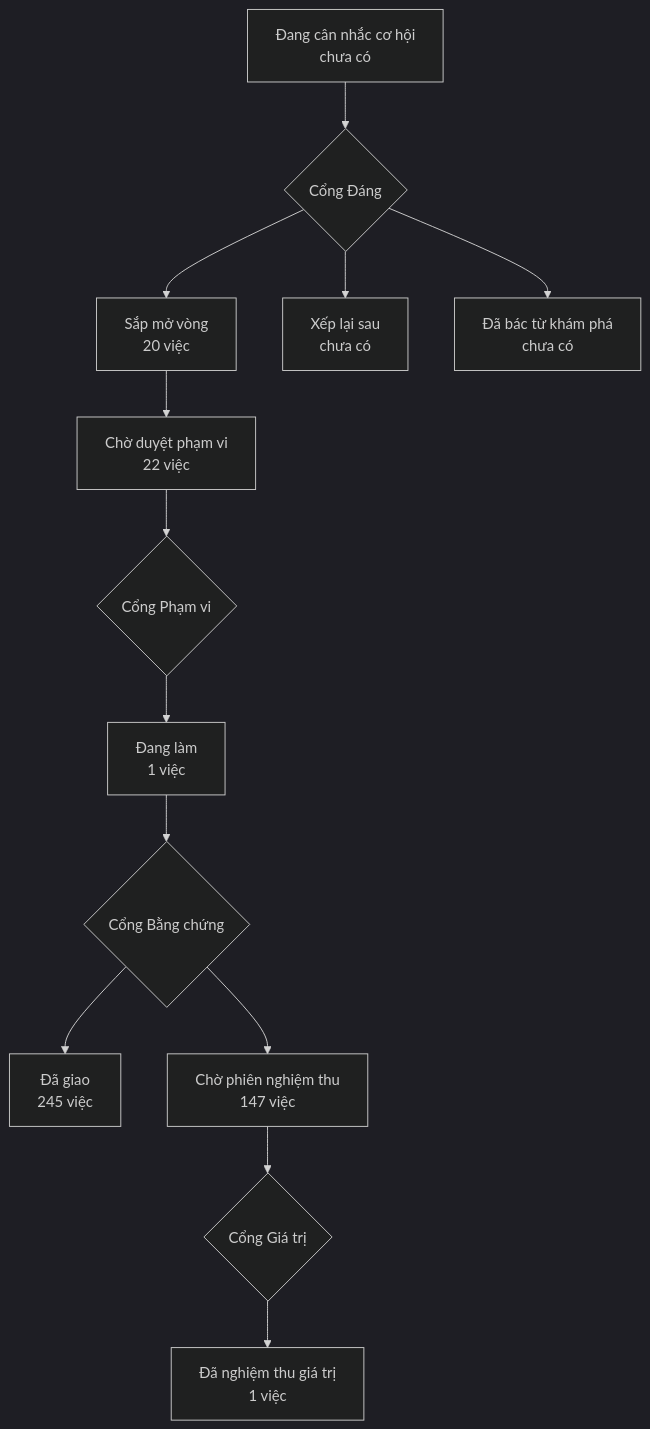
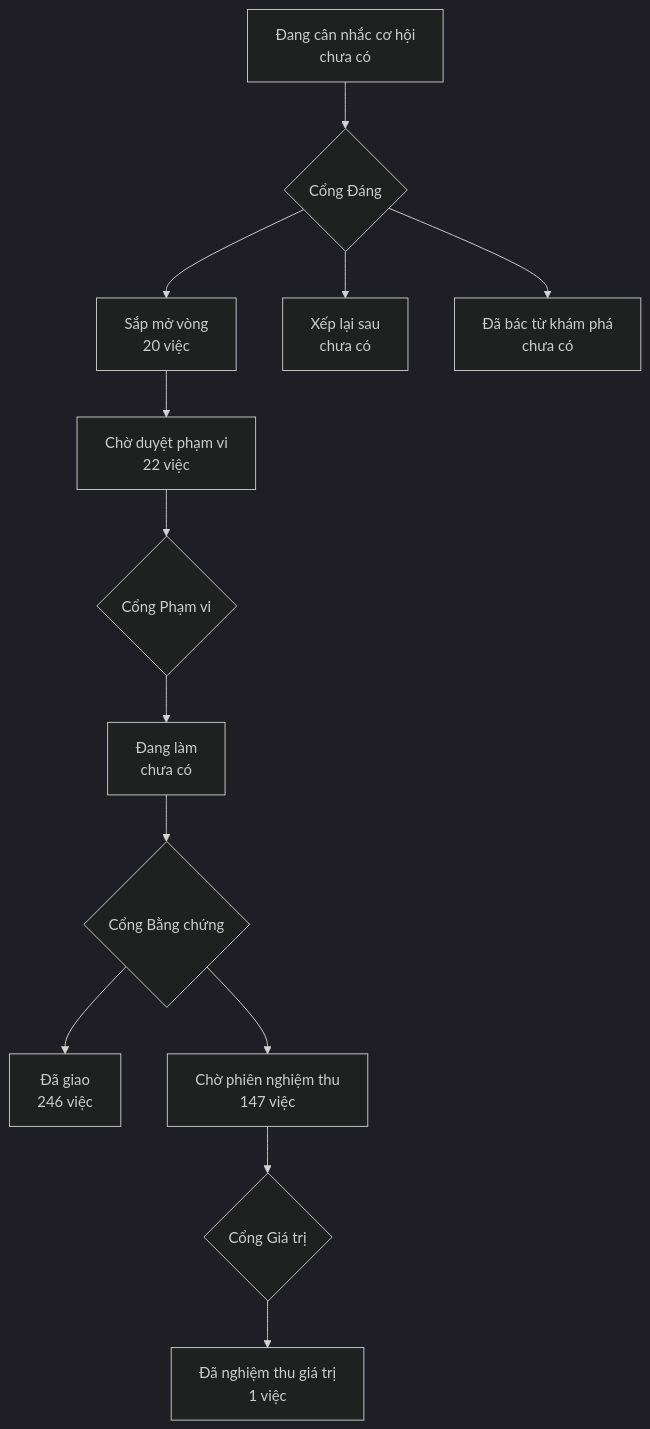
The diagram in PRODUCT-MAP.md (phanlemanh/onehub-invest), drawn with Mermaid (dark theme) before and after one commit. The commit also changed other lines of this file and 4 other files, not shown here.

````diff
--- a/PRODUCT-MAP.md
+++ b/PRODUCT-MAP.md
@@ -7,12 +7,12 @@
 ```mermaid
 flowchart TD
   A["Đang cân nhắc cơ hội<br/>chưa có"] --> GD{"Cổng Đáng"}
   GD --> B["Sắp mở vòng<br/>20 việc"]
   GD --> XL["Xếp lại sau<br/>chưa có"]
   GD --> DB["Đã bác từ khám phá<br/>chưa có"]
   B --> CD["Chờ duyệt phạm vi<br/>22 việc"] --> GP{"Cổng Phạm vi"}
-  GP --> DL["Đang làm<br/>1 việc"] --> GB{"Cổng Bằng chứng"}
-  GB --> DG["Đã giao<br/>245 việc"]
+  GP --> DL["Đang làm<br/>chưa có"] --> GB{"Cổng Bằng chứng"}
+  GB --> DG["Đã giao<br/>246 việc"]
   GB --> CN["Chờ phiên nghiệm thu<br/>147 việc"] --> GG{"Cổng Giá trị"}
   GG --> NT["Đã nghiệm thu giá trị<br/>1 việc"]
 ```
````
